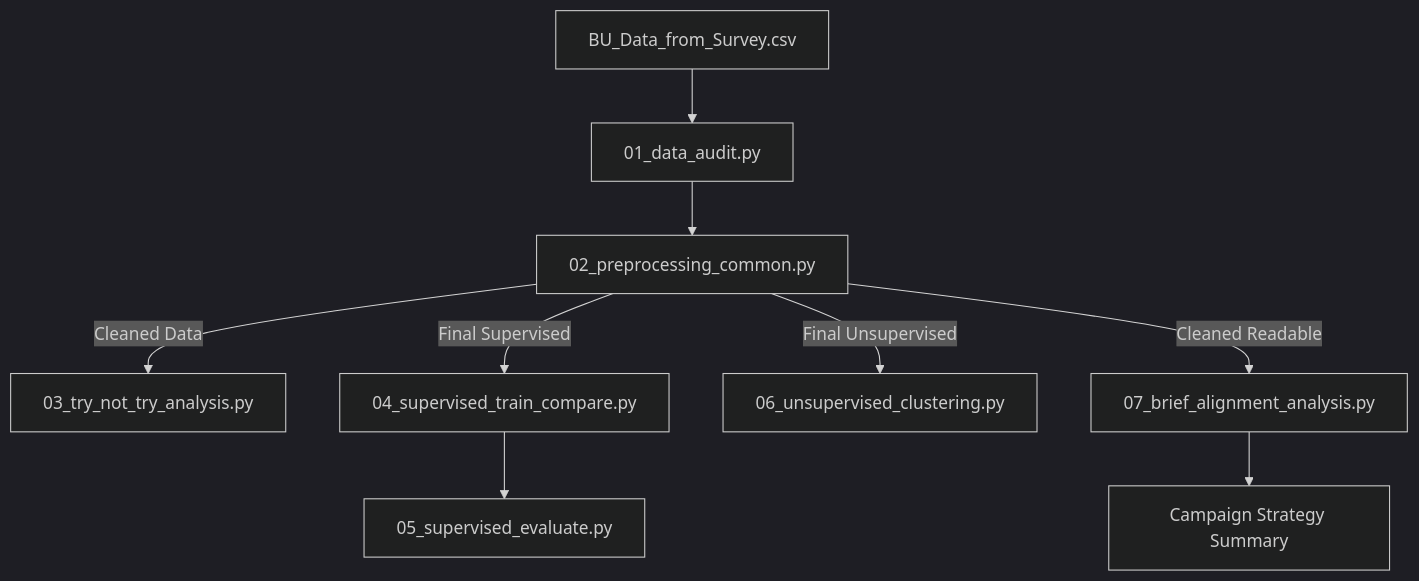
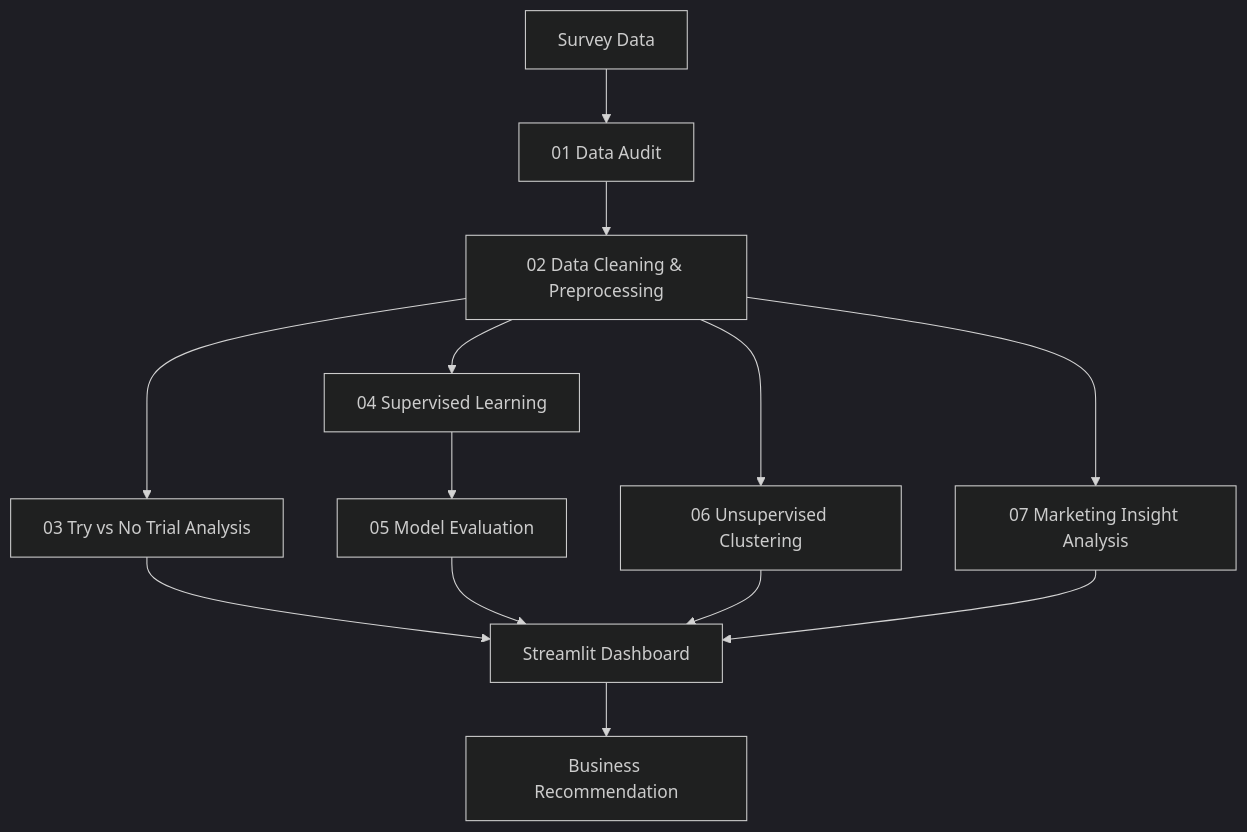
The diagram in README.md (KengJoJo/RTD-Coffee-Project), drawn with Mermaid (dark theme) before and after one commit. The commit also changed other lines of this file and 2 other files, not shown here.

Commit message:
Improve dashboard documentation and dependencies"

````diff
--- a/README.md
+++ b/README.md
@@ -6,11 +9,15 @@
 ```mermaid
 graph TD
-    A[BU_Data_from_Survey.csv] --> B[01_data_audit.py]
-    B --> C[02_preprocessing_common.py]
-    C -->|Cleaned Data| D[03_try_not_try_analysis.py]
-    C -->|Final Supervised| E[04_supervised_train_compare.py]
-    E --> F[05_supervised_evaluate.py]
-    C -->|Final Unsupervised| G[06_unsupervised_clustering.py]
-    C -->|Cleaned Readable| H[07_brief_alignment_analysis.py]
-    H --> I[Campaign Strategy Summary]
+    A[Survey Data] --> B[01 Data Audit]
+    B --> C[02 Data Cleaning & Preprocessing]
+    C --> D[03 Try vs No Trial Analysis]
+    C --> E[04 Supervised Learning]
+    E --> F[05 Model Evaluation]
+    C --> G[06 Unsupervised Clustering]
+    C --> H[07 Marketing Insight Analysis]
+    D --> I[Streamlit Dashboard]
+    F --> I
+    G --> I
+    H --> I
+    I --> J[Business Recommendation]
 ```
````
